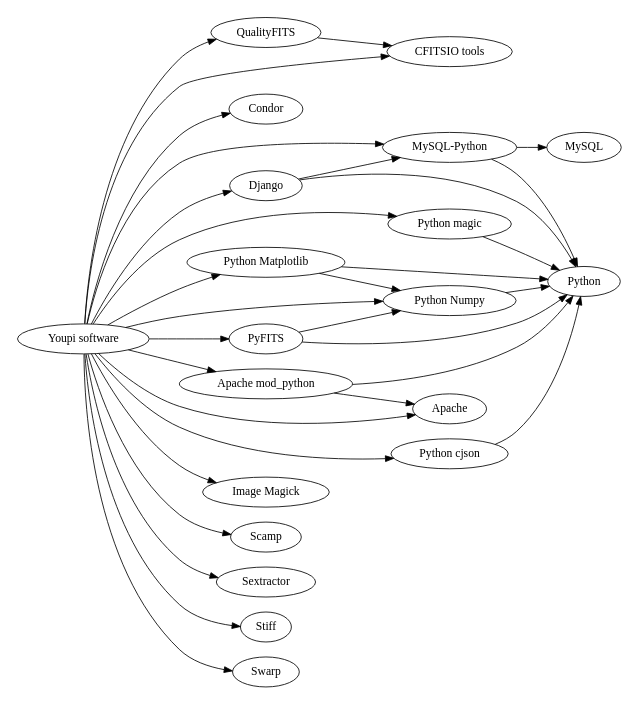
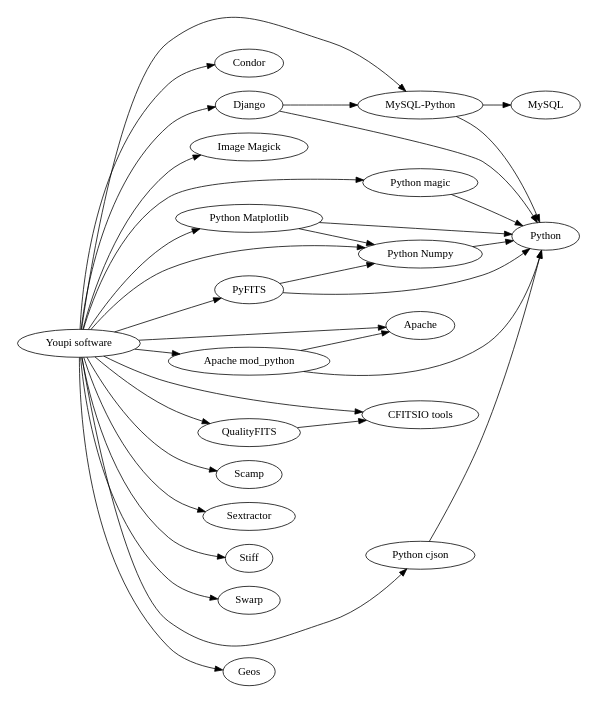
Before and after one commit to gotsunami/Youpi: the diagram in doc/handbook/figures/dependencies_tree_standalone.dot, drawn with Graphviz. The commit also changed 2 other files, not shown here.

Commit message:
Handbook: added geos (GeoDjango) dependency to graphs and doc

```diff
--- a/doc/handbook/figures/dependencies_tree_standalone.dot
+++ b/doc/handbook/figures/dependencies_tree_standalone.dot
@@ -1,60 +1,62 @@
 digraph G {
 	size="5,5";
 	rankdir = LR;
 
 	youpi [label="Youpi software"];
 	cfitsio	[label="CFITSIO tools"];
 	condor [label="Condor"];
 	django [label="Django"];
 	magic [label="Image Magick"];
 	modpython [label="Apache mod_python"];
 	mysqlpython [label="MySQL-Python"];
 	pyfits [label="PyFITS"];
 	python [label="Python"];
 	pythoncjson	[label="Python cjson"];
 	pythonmagic	[label="Python magic"];
 	pythonmplib	[label="Python Matplotlib"];
 	pythonnumpy	[label="Python Numpy"];
 	apache [label="Apache"];
 	mysql [label="MySQL"];
 
 	scamp [label="Scamp"];
 	sextractor [label="Sextractor"];
 	stiff [label="Stiff"];
 	swarp [label="Swarp"];
 	qfits [label="QualityFITS"];
+	geos [label="Geos"];
 
 	youpi -> apache;
 	youpi -> cfitsio;
 	youpi -> condor;
 	youpi -> django;
 	youpi -> magic;
 	youpi -> modpython;
 	youpi -> pyfits;
 	youpi -> pythoncjson;
 	youpi -> pythonmagic;
 	youpi -> pythonmplib;
 	youpi -> pythonnumpy;
 	youpi -> mysqlpython;
+	youpi -> geos;
 
 	youpi -> scamp;
 	youpi -> sextractor;
 	youpi -> stiff;
 	youpi -> swarp;
 	youpi -> qfits;
 
 	qfits -> cfitsio;
 	mysqlpython -> mysql;
 	django -> python;
 	django -> mysqlpython;
 	modpython -> apache;
 	modpython -> python;
 	pythonmagic -> python;
 	pythonmplib -> python;
 	pythoncjson -> python;
 	pythonnumpy -> python;
 	mysqlpython -> python;
 	pyfits -> python;
 	pyfits -> pythonnumpy;
 	pythonmplib -> pythonnumpy;
 }
```
